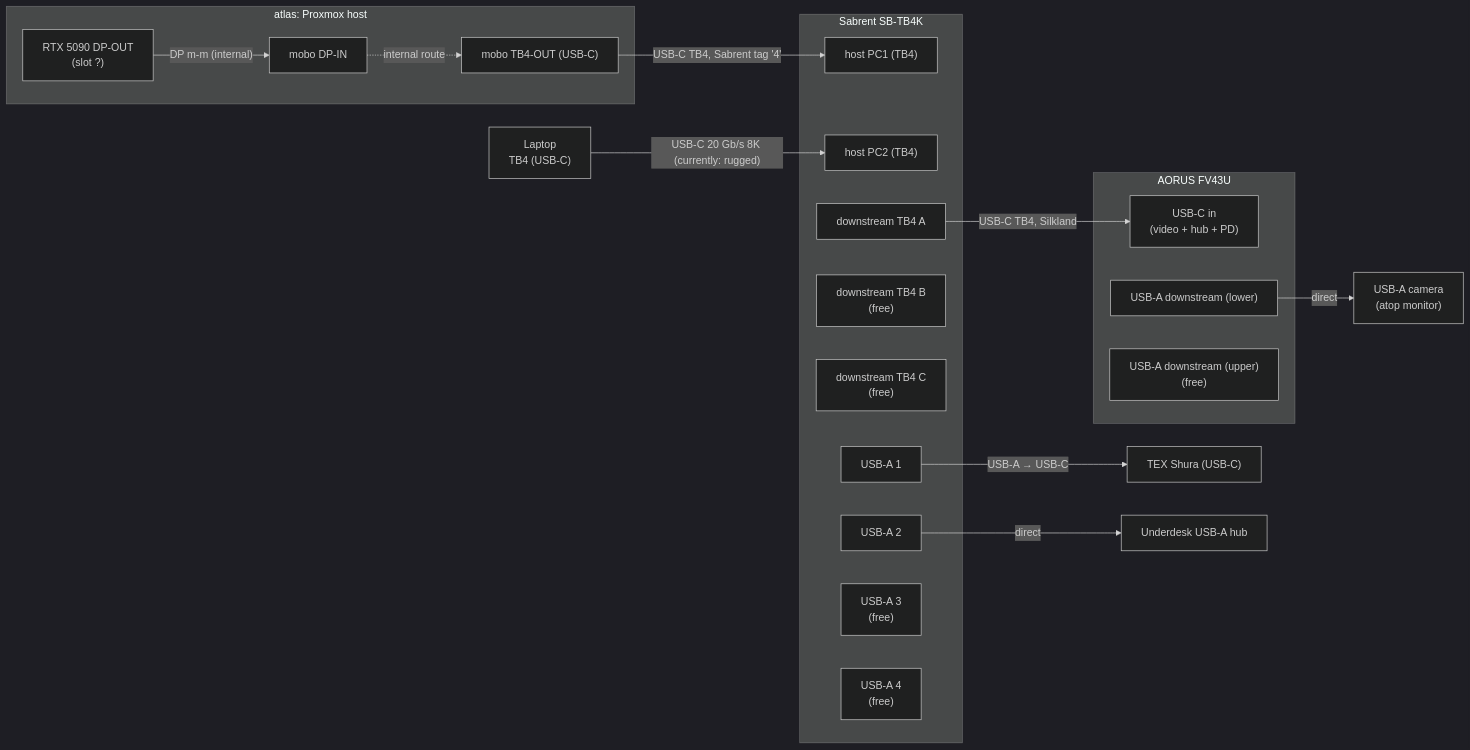
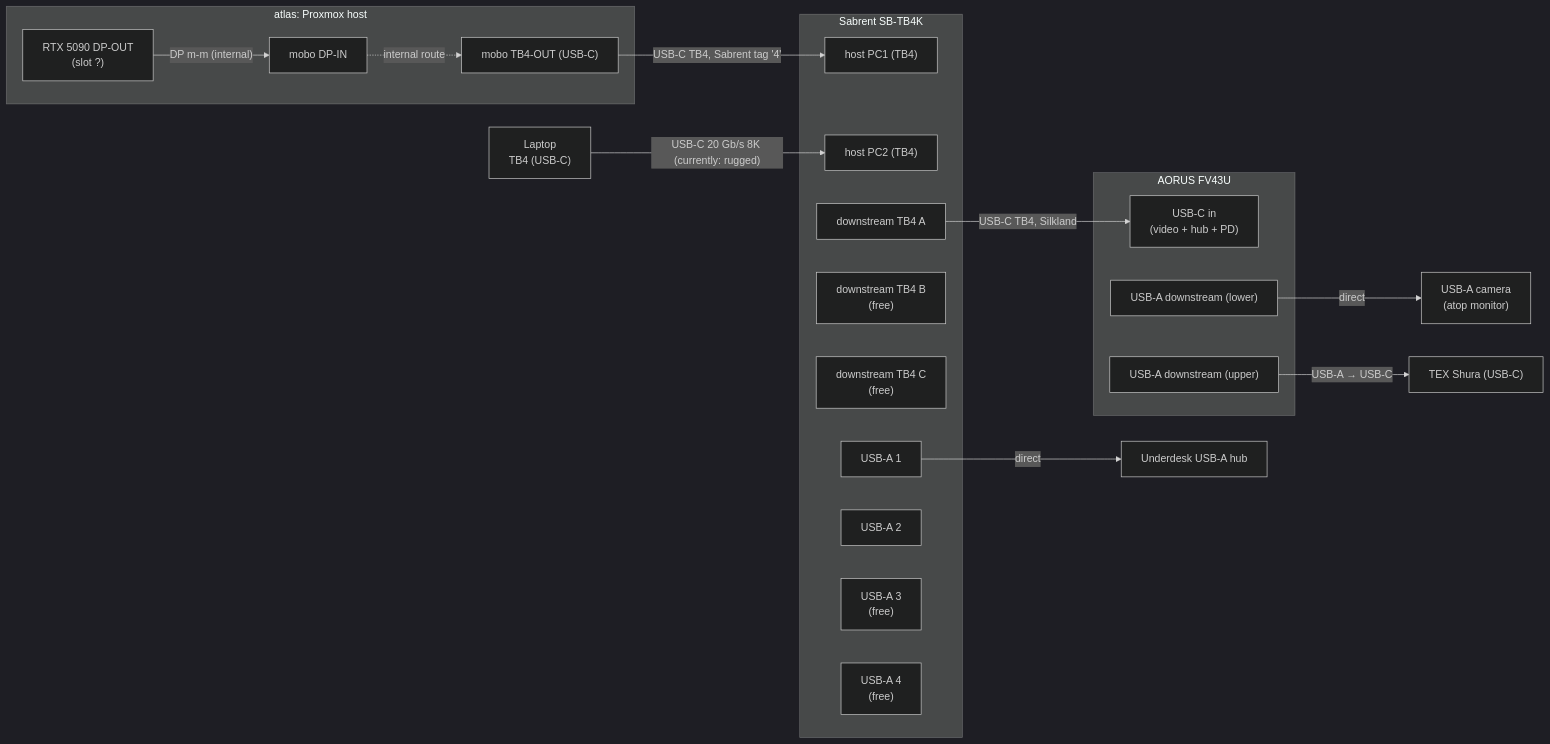
The diagram in desk/README.md (agentydragon/ducktape), drawn with Mermaid (dark theme) before and after one commit. The commit also changed other lines of this file, not shown here.

First line of the commit message:
desk: keyboard rides monitor hub; adds "GPU gaming" as a future desideratum

````diff
--- a/desk/README.md
+++ b/desk/README.md
@@ -88,42 +101,42 @@
 ```mermaid
 flowchart LR
     subgraph atlas[atlas: Proxmox host]
         atlas_gpu["RTX 5090 DP-OUT<br/>(slot ?)"]
         atlas_mobo_dp["mobo DP-IN"]
         atlas_mobo_tb["mobo TB4-OUT (USB-C)"]
         atlas_gpu -- "DP m-m (internal)" --> atlas_mobo_dp
         atlas_mobo_dp -. internal route .-> atlas_mobo_tb
     end
 
     laptop["Laptop<br/>TB4 (USB-C)"]
 
     subgraph kvm[Sabrent SB-TB4K]
         kvm_pc1["host PC1 (TB4)"]
         kvm_pc2["host PC2 (TB4)"]
         kvm_tb_a["downstream TB4 A"]
         kvm_tb_b["downstream TB4 B<br/>(free)"]
         kvm_tb_c["downstream TB4 C<br/>(free)"]
         kvm_usba1["USB-A 1"]
         kvm_usba2["USB-A 2"]
         kvm_usba3["USB-A 3<br/>(free)"]
         kvm_usba4["USB-A 4<br/>(free)"]
     end
 
     subgraph mon[AORUS FV43U]
         mon_usbc["USB-C in<br/>(video + hub + PD)"]
         mon_usba_lo["USB-A downstream (lower)"]
-        mon_usba_hi["USB-A downstream (upper)<br/>(free)"]
+        mon_usba_hi["USB-A downstream (upper)"]
     end
 
     kbd["TEX Shura (USB-C)"]
     cam["USB-A camera<br/>(atop monitor)"]
     hub["Underdesk USB-A hub"]
 
     atlas_mobo_tb -- "USB-C TB4, Sabrent tag '4'" --> kvm_pc1
     laptop        -- "USB-C 20 Gb/s 8K (currently: rugged)" --> kvm_pc2
 
     kvm_tb_a    -- "USB-C TB4, Silkland" --> mon_usbc
-    kvm_usba1   -- "USB-A → USB-C" --> kbd
-    kvm_usba2   -- "direct" --> hub
+    kvm_usba1   -- "direct" --> hub
+    mon_usba_hi -- "USB-A → USB-C" --> kbd
     mon_usba_lo -- "direct" --> cam
 ```
````
